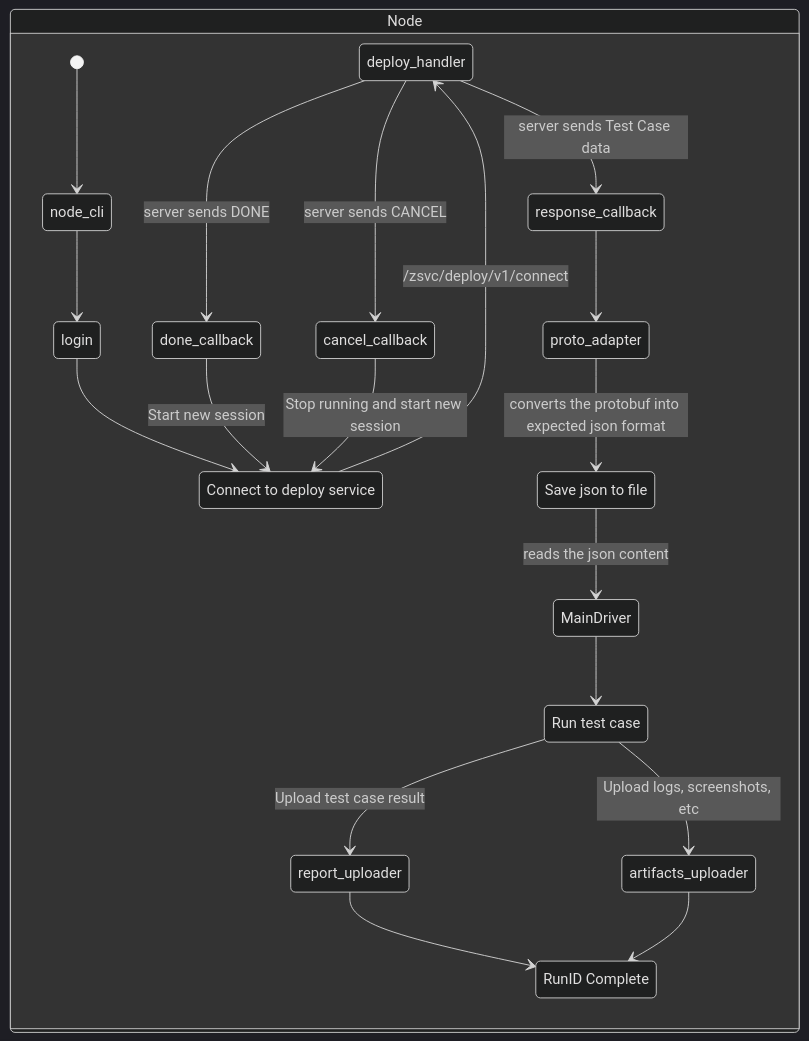
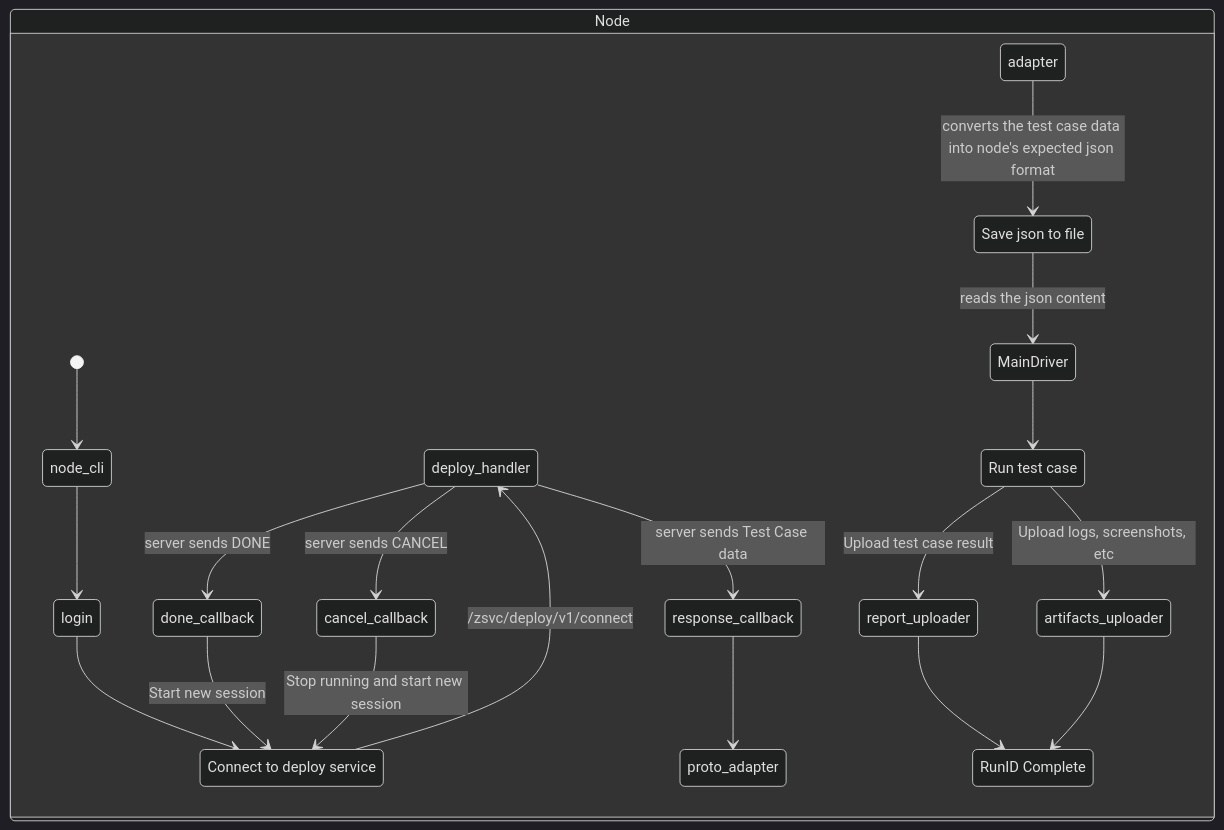
One commit to AutomationSolutionz/Zeuz_Python_Node changed the diagram in README.md. Above: the diagram before and after it, drawn with Mermaid (dark theme). The commit also changed 15 other files, not shown here.

````diff
--- a/README.md
+++ b/README.md
@@ -35,35 +35,35 @@
 ```mermaid
 stateDiagram-v2
     direction TB
     state Node {
         direction TB
         dh : deploy_handler
         save_json : Save json to file
         run_tc: Run test case
         run_id_complete: RunID Complete
         deploy_svc_connect: Connect to deploy service
 
         [*] --> node_cli
         node_cli --> login
         login --> deploy_svc_connect
 
         deploy_svc_connect --> dh : /zsvc/deploy/v1/connect
         dh --> response_callback : server sends Test Case data
         dh --> done_callback : server sends DONE
         dh --> cancel_callback : server sends CANCEL
 
         done_callback --> deploy_svc_connect : Start new session
         cancel_callback --> deploy_svc_connect : Stop running and start new session
 
         response_callback --> proto_adapter
-        proto_adapter --> save_json : converts the protobuf into expected json format
+        adapter --> save_json : converts the test case data into node's expected json format
         save_json --> MainDriver : reads the json content
 
         MainDriver --> run_tc
         run_tc --> report_uploader : Upload test case result
         run_tc --> artifacts_uploader : Upload logs, screenshots, etc
 
         report_uploader --> run_id_complete
         artifacts_uploader --> run_id_complete
     }
 ```
````
